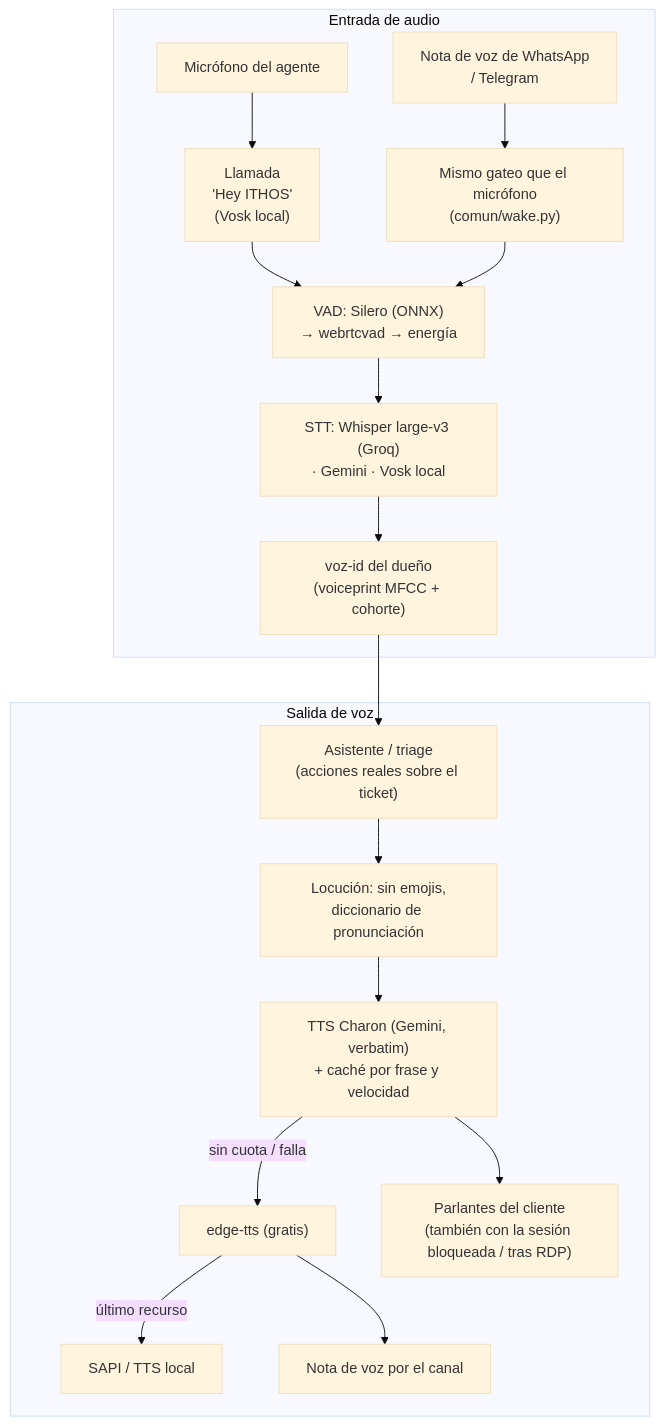
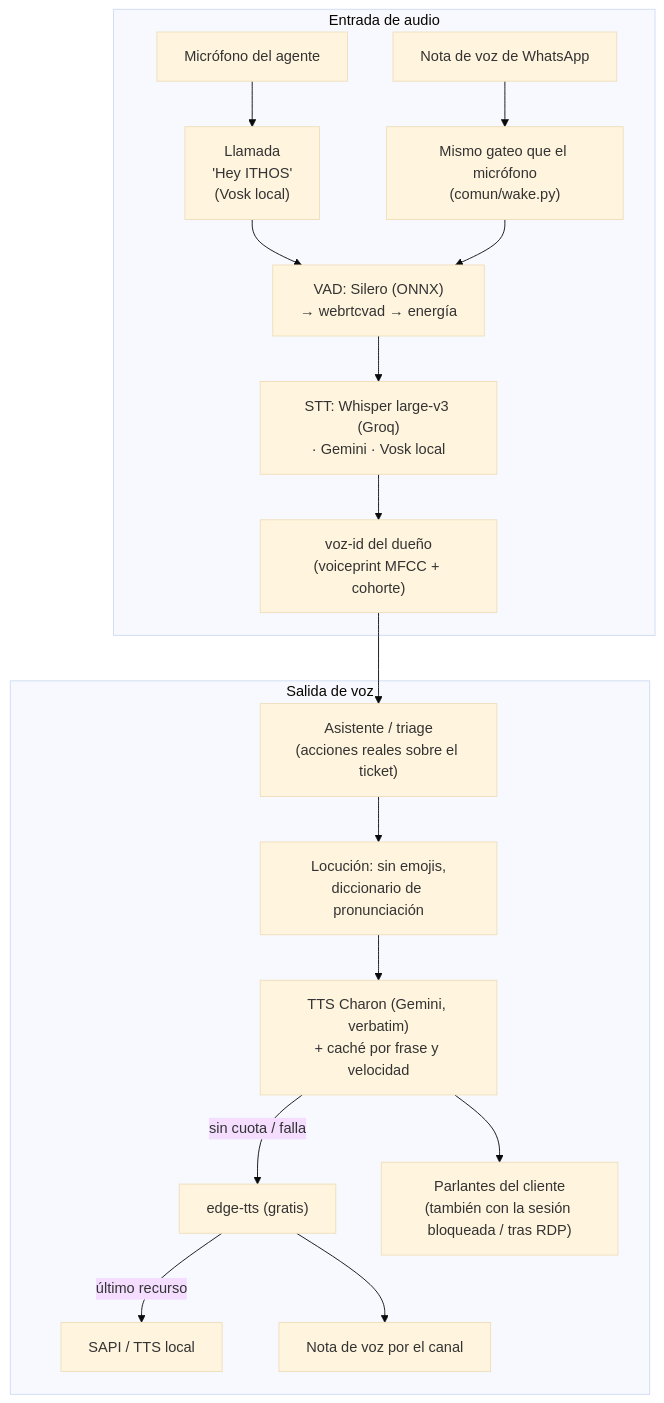
Before and after one commit to bsierra4262/ithos: the second of 6 diagrams in DOCUMENTO_MAESTRO.md, drawn with Mermaid (base theme). The commit also changed other lines of this file and 3 other files, not shown here.

````diff
--- a/DOCUMENTO_MAESTRO.md
+++ b/DOCUMENTO_MAESTRO.md
@@ -93,20 +92,20 @@
 ```mermaid
 flowchart TD
     subgraph ENT["Entrada de audio"]
         M1["Micrófono del agente"] --> W["Llamada<br/>'Hey ITHOS'<br/>(Vosk local)"]
-        M2["Nota de voz de WhatsApp<br/>/ Telegram"] --> G["Mismo gateo que el micrófono<br/>(comun/wake.py)"]
+        M2["Nota de voz de WhatsApp"] --> G["Mismo gateo que el micrófono<br/>(comun/wake.py)"]
         W --> V["VAD: Silero (ONNX)<br/>→ webrtcvad → energía"]
         G --> V
         V --> S["STT: Whisper large-v3 (Groq)<br/>· Gemini · Vosk local"]
         S --> ID["voz-id del dueño<br/>(voiceprint MFCC + cohorte)"]
     end
     ID --> AS["Asistente / triage<br/>(acciones reales sobre el ticket)"]
     subgraph SAL["Salida de voz"]
         AS --> L["Locución: sin emojis,<br/>diccionario de pronunciación"]
         L --> T1["TTS Charon (Gemini, verbatim)<br/>+ caché por frase y velocidad"]
         T1 -->|"sin cuota / falla"| T2["edge-tts (gratis)"]
         T2 -->|"último recurso"| T3["SAPI / TTS local"]
         T1 --> PAR["Parlantes del cliente<br/>(también con la sesión bloqueada / tras RDP)"]
         T2 --> NV["Nota de voz por el canal"]
     end
 ```
````
